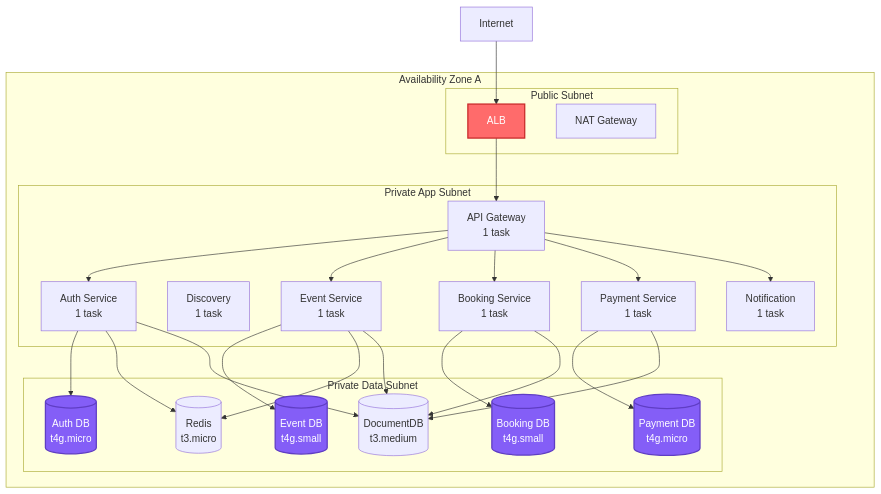
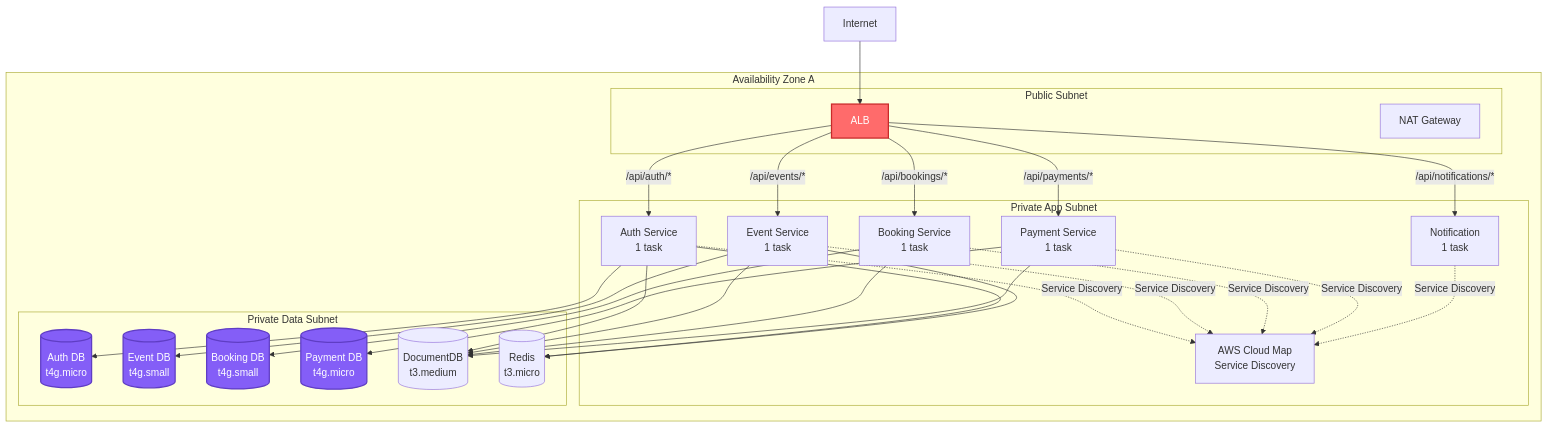
Before and after one commit to AmaliTech-Training-Academy/gep-backend: the second of 5 diagrams in docs/architecture/AWS_INFRASTRUCTURE_ARCHITECTURE-DEV.md, drawn with Mermaid. The commit also changed other lines of this file, not shown here.

Commit message:
Updated architecture docs for dev

````diff
--- a/docs/architecture/AWS_INFRASTRUCTURE_ARCHITECTURE-DEV.md
+++ b/docs/architecture/AWS_INFRASTRUCTURE_ARCHITECTURE-DEV.md
@@ -1155,56 +1163,60 @@
 ```mermaid
 graph TB
     subgraph "Availability Zone A"
         subgraph "Public Subnet"
             ALB[ALB]
             NAT[NAT Gateway]
         end
         
         subgraph "Private App Subnet"
-            Gateway[API Gateway<br/>1 task]
             Auth[Auth Service<br/>1 task]
-            Discovery[Discovery<br/>1 task]
             Event[Event Service<br/>1 task]
             Booking[Booking Service<br/>1 task]
             Payment[Payment Service<br/>1 task]
             Notif[Notification<br/>1 task]
+            CloudMapSvc[AWS Cloud Map<br/>Service Discovery]
         end
         
         subgraph "Private Data Subnet"
             AuthDB[(Auth DB<br/>t4g.micro)]
             EventDB[(Event DB<br/>t4g.small)]
             BookingDB[(Booking DB<br/>t4g.small)]
             PaymentDB[(Payment DB<br/>t4g.micro)]
             DocDB[(DocumentDB<br/>t3.medium)]
             Redis[(Redis<br/>t3.micro)]
         end
     end
 
     Internet[Internet] --> ALB
-    ALB --> Gateway
     
-    Gateway --> Auth
-    Gateway --> Event
-    Gateway --> Booking
-    Gateway --> Payment
-    Gateway --> Notif
+    ALB -->|/api/auth/*| Auth
+    ALB -->|/api/events/*| Event
+    ALB -->|/api/bookings/*| Booking
+    ALB -->|/api/payments/*| Payment
+    ALB -->|/api/notifications/*| Notif
+    
+    Auth -.->|Service Discovery| CloudMapSvc
+    Event -.->|Service Discovery| CloudMapSvc
+    Booking -.->|Service Discovery| CloudMapSvc
+    Payment -.->|Service Discovery| CloudMapSvc
+    Notif -.->|Service Discovery| CloudMapSvc
     
     Auth --> AuthDB
     Event --> EventDB
     Booking --> BookingDB
     Payment --> PaymentDB
     
     Auth --> Redis
     Event --> Redis
     
     Auth --> DocDB
     Event --> DocDB
     Booking --> DocDB
     Payment --> DocDB
 
     style ALB fill:#FF6B6B,stroke:#C92A2A,stroke-width:2px,color:#fff
     style AuthDB fill:#845EF7,stroke:#5F3DC4,stroke-width:2px,color:#fff
     style EventDB fill:#845EF7,stroke:#5F3DC4,stroke-width:2px,color:#fff
     style BookingDB fill:#845EF7,stroke:#5F3DC4,stroke-width:2px,color:#fff
     style PaymentDB fill:#845EF7,stroke:#5F3DC4,stroke-width:2px,color:#fff
 ```
````
